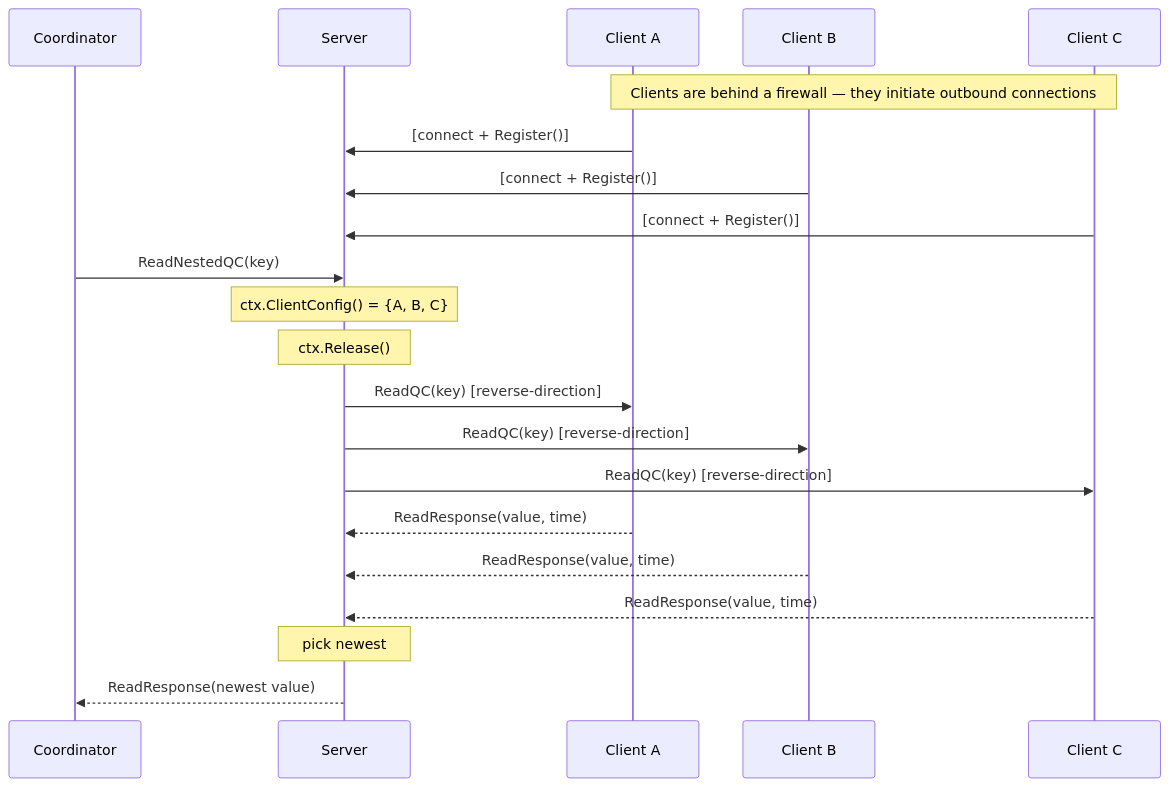
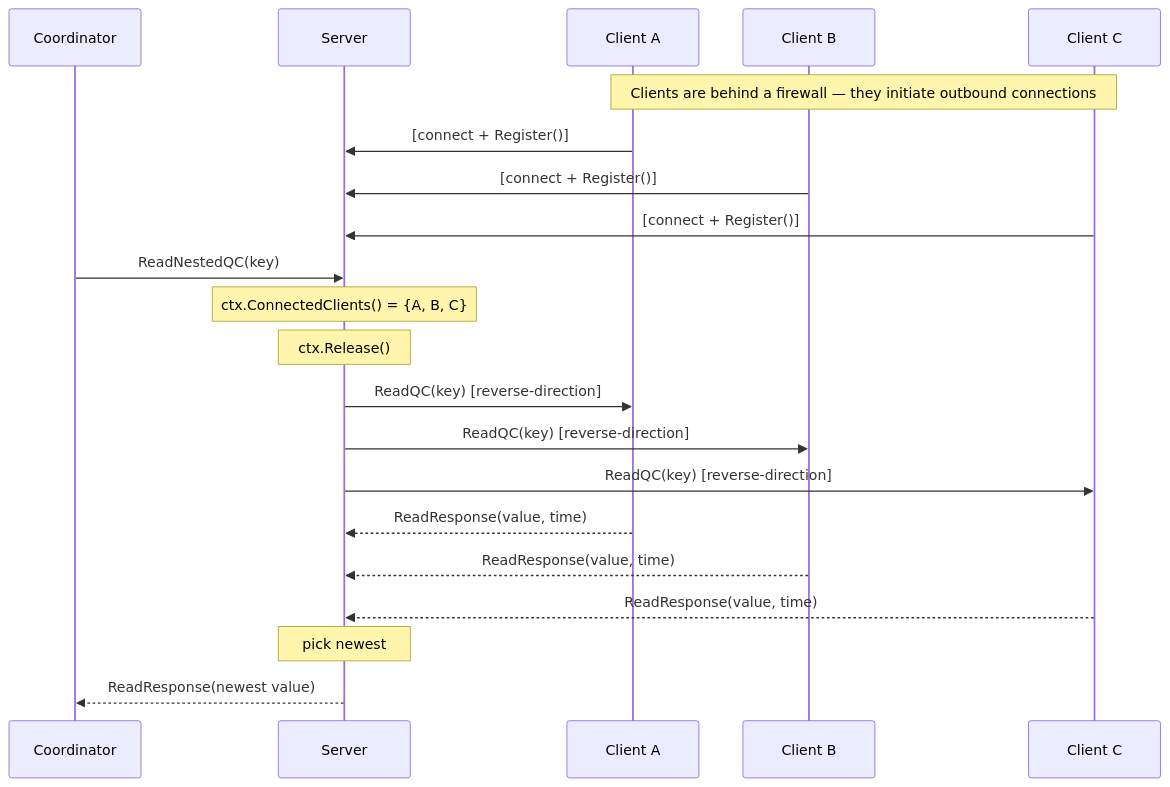
One commit to relab/gorums changed the third of 3 diagrams in doc/user-guide.md. Above: the diagram before and after it, drawn with Mermaid. The commit also changed other lines of this file, not shown here.

````diff
--- a/doc/user-guide.md
+++ b/doc/user-guide.md
@@ -1949,25 +1951,25 @@
 ```mermaid
 sequenceDiagram
     participant Coord as Coordinator
     participant Srv as Server
     participant A as Client A
     participant B as Client B
     participant C as Client C
 
     Note over A,C: Clients are behind a firewall — they initiate outbound connections
     A->>Srv: [connect + Register()]
     B->>Srv: [connect + Register()]
     C->>Srv: [connect + Register()]
 
     Coord->>Srv: ReadNestedQC(key)
-    Note over Srv: ctx.ClientConfig() = {A, B, C}
+    Note over Srv: ctx.ConnectedClients() = {A, B, C}
     Note over Srv: ctx.Release()
     Srv->>A: ReadQC(key) [reverse-direction]
     Srv->>B: ReadQC(key) [reverse-direction]
     Srv->>C: ReadQC(key) [reverse-direction]
     A-->>Srv: ReadResponse(value, time)
     B-->>Srv: ReadResponse(value, time)
     C-->>Srv: ReadResponse(value, time)
     Note over Srv: pick newest
     Srv-->>Coord: ReadResponse(newest value)
 ```
````
